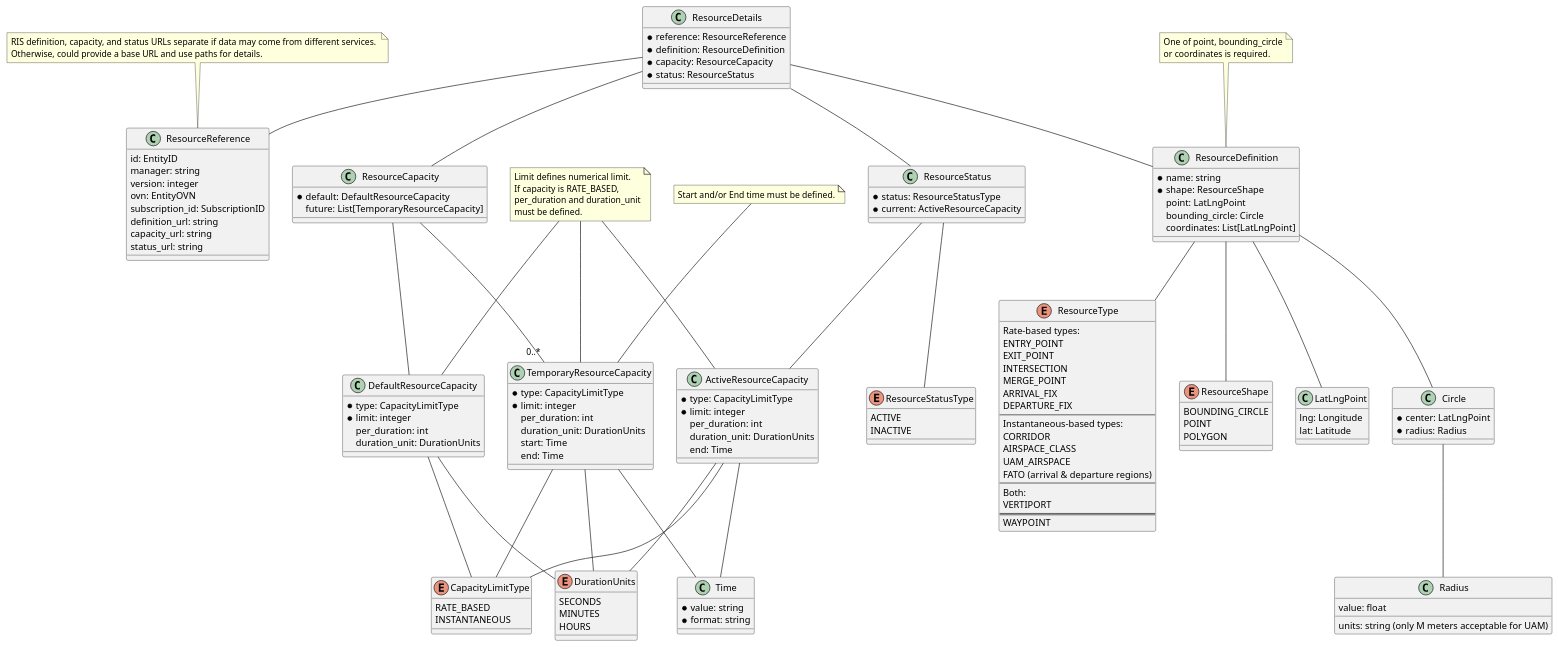
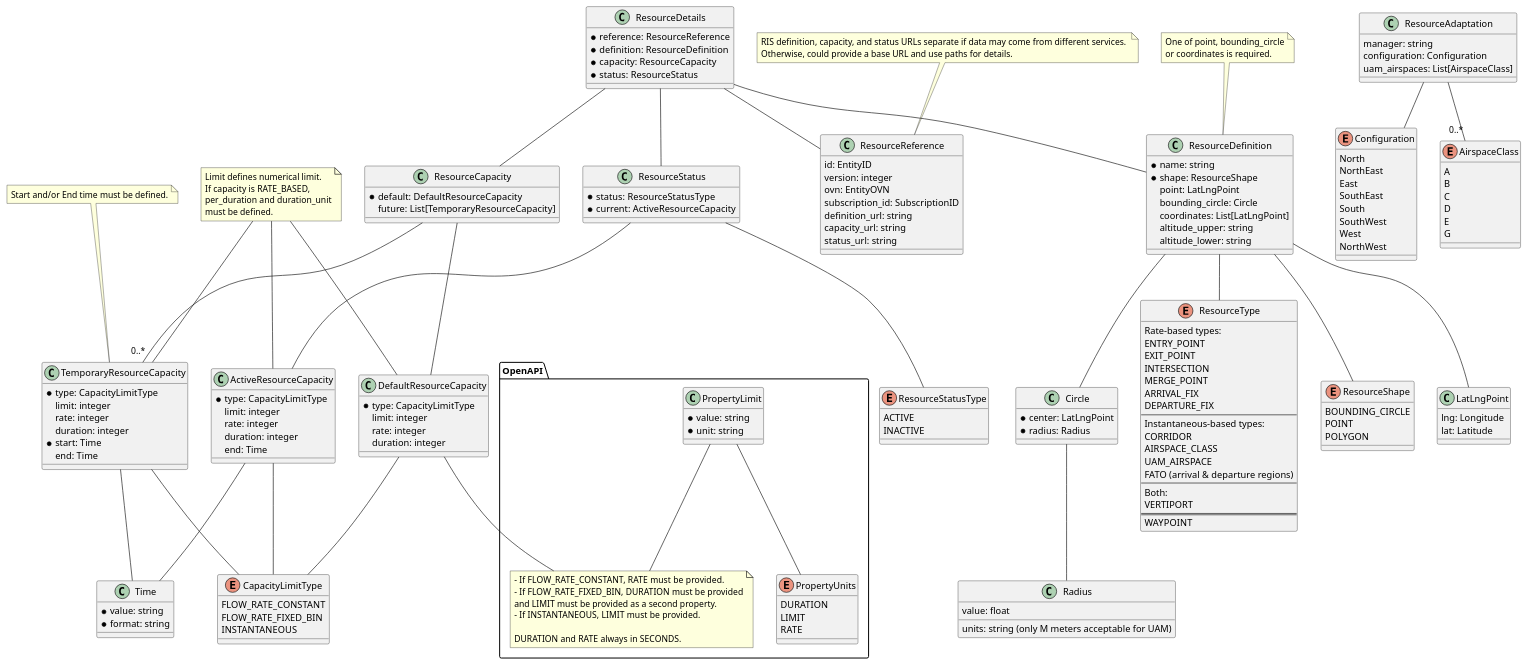
One commit to JaqpottCTO/ASTM_UTMAPI changed the diagram in RIS/ResourceDetails.puml. Above: the diagram before and after it, drawn with PlantUML.

Commit message:
Version used in discussion Aug 1, 2024.

```diff
--- a/RIS/ResourceDetails.puml
+++ b/RIS/ResourceDetails.puml
@@ -1,33 +1,35 @@
 @startuml
 
-class ResourceReference {
-    id: EntityID
-    manager: string
-    version: integer
-    ovn: EntityOVN
-    subscription_id: SubscriptionID
-    definition_url: string
-    capacity_url: string
-    status_url: string
-}
-note "RIS definition, capacity, and status URLs separate if data may come from different services. \nOtherwise, could provide a base URL and use paths for details. " as n_ussbaseurl
-n_ussbaseurl -- ResourceReference
+' class ResourceReference {
+'     id: EntityID
+'     manager: string
+'     version: integer
+'     ovn: EntityOVN
+'     subscription_id: SubscriptionID
+'     definition_url: string
+'     capacity_url: string
+'     status_url: string
+' }
+' note "RIS definition, capacity, and status URLs separate if data may come from different services. \nOtherwise, could provide a base URL and use paths for details. " as n_ussbaseurl
+' n_ussbaseurl -- ResourceReference
 
-class ResourceDetails {
-    * reference: ResourceReference
-    * definition: ResourceDefinition
-    * capacity: ResourceCapacity
-    * status: ResourceStatus
-}
+' class ResourceDetails {
+'     * reference: ResourceReference
+'     * definition: ResourceDefinition
+'     * capacity: ResourceCapacity
+'     * status: ResourceStatus
+' }
 enum CapacityLimitType {
-    RATE_BASED
+    FLOW_RATE_CONSTANT
+    FLOW_RATE_FIXED_BIN
+    ' FLOW_RATE_ROLLING_BIN
     INSTANTANEOUS
 }
-enum DurationUnits {
-    SECONDS
-    MINUTES
-    HOURS
-}
+' enum DurationUnits {
+'     SECONDS
+'     ' MINUTES
+'     ' HOURS
+' }
 enum ResourceType {
     Rate-based types:
     ENTRY_POINT
@@ -59,27 +61,57 @@
     future: List[TemporaryResourceCapacity]
 }
 
+' class DefaultResourceCapacity {
+'     * type: CapacityLimitType
+'     * limit: integer
+'     per_duration: int
+'     duration_unit: DurationUnits
+' }
+' note "We can define the API with value & unit\nbut keeping separate here\nto help show the concept." as N1
+' N1 -- DefaultResourceCapacity
+' N1 -- ActiveResourceCapacity
+' N1 -- TemporaryResourceCapacity
 class DefaultResourceCapacity {
     * type: CapacityLimitType
-    * limit: integer
-    per_duration: int
-    duration_unit: DurationUnits
+    limit: integer
+    rate: integer
+    duration: integer
 }
+
+namespace OpenAPI {
+    class PropertyLimit {
+        * value: string
+        * unit: string
+    }
+    ' enum PropertyUnits {
+    '     NUMERIC
+    '     SECONDS
+    ' }
+    enum PropertyUnits {
+        DURATION
+        LIMIT
+        RATE
+    }
+    PropertyLimit -- PropertyUnits
+    note "- If FLOW_RATE_CONSTANT, RATE must be provided. \n- If FLOW_RATE_FIXED_BIN, DURATION must be provided\nand LIMIT must be provided as a second property. \n- If INSTANTANEOUS, LIMIT must be provided.\n\nDURATION and RATE always in SECONDS." as PROP_NOTE
+    PropertyLimit -- PROP_NOTE
+}
+DefaultResourceCapacity -- OpenAPI.PROP_NOTE
 
 class ActiveResourceCapacity {
     * type: CapacityLimitType
-    * limit: integer
-    per_duration: int
-    duration_unit: DurationUnits
+    limit: integer
+    rate: integer
+    duration: integer
     end: Time
 }
 
 class TemporaryResourceCapacity {
     * type: CapacityLimitType
-    * limit: integer
-    per_duration: int
-    duration_unit: DurationUnits
-    start: Time
+    limit: integer
+    rate: integer
+    duration: integer
+    * start: Time
     end: Time
 }
 
@@ -111,13 +143,66 @@
     units: string (only M meters acceptable for UAM)
 }
 
+class ResourceReference {
+    id: EntityID
+    ' manager: string
+    version: integer
+    ovn: EntityOVN
+    subscription_id: SubscriptionID
+    definition_url: string
+    capacity_url: string
+    status_url: string
+
+}
+
+
+
+note "RIS definition, capacity, and status URLs separate if data may come from different services. \nOtherwise, could provide a base URL and use paths for details. " as n_ussbaseurl
+n_ussbaseurl -- ResourceReference
+
+class ResourceDetails {
+    * reference: ResourceReference
+    * definition: ResourceDefinition
+    * capacity: ResourceCapacity
+    * status: ResourceStatus
+}
+
 class ResourceDefinition {
     * name: string
     * shape: ResourceShape
     point: LatLngPoint
     bounding_circle: Circle
     coordinates: List[LatLngPoint]
+    altitude_upper: string
+    altitude_lower: string
 }
+
+class ResourceAdaptation {
+    manager: string
+    configuration: Configuration
+    uam_airspaces: List[AirspaceClass]
+}
+enum Configuration {
+    North
+    NorthEast
+    East
+    SouthEast
+    South
+    SouthWest
+    West
+    NorthWest
+}
+enum AirspaceClass {
+    A
+    B
+    C
+    D
+    E
+    G
+}
+ResourceAdaptation -- Configuration
+ResourceAdaptation -- "0..*" AirspaceClass
+
 note "One of point, bounding_circle\nor coordinates is required." as N_SHAPE
 N_SHAPE -- ResourceDefinition
 
@@ -135,12 +220,12 @@
 ResourceDetails -- ResourceReference
 
 ActiveResourceCapacity -- CapacityLimitType
-ActiveResourceCapacity -- DurationUnits
+' ActiveResourceCapacity -- DurationUnits
 ActiveResourceCapacity -- Time
 DefaultResourceCapacity -- CapacityLimitType
-DefaultResourceCapacity -- DurationUnits
+' DefaultResourceCapacity -- DurationUnits
 TemporaryResourceCapacity -- CapacityLimitType
-TemporaryResourceCapacity -- DurationUnits
+' TemporaryResourceCapacity -- DurationUnits
 ResourceCapacity -- DefaultResourceCapacity
 ResourceCapacity -- "0..*" TemporaryResourceCapacity
 TemporaryResourceCapacity -- Time
```
